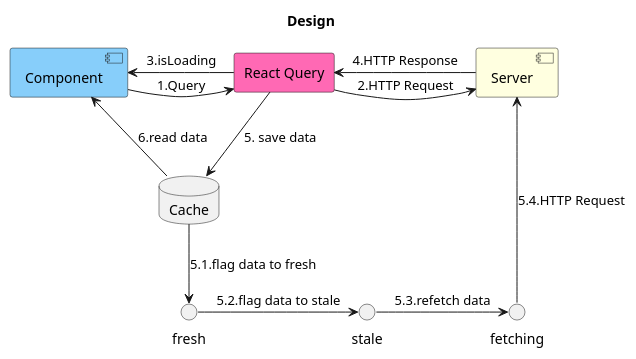
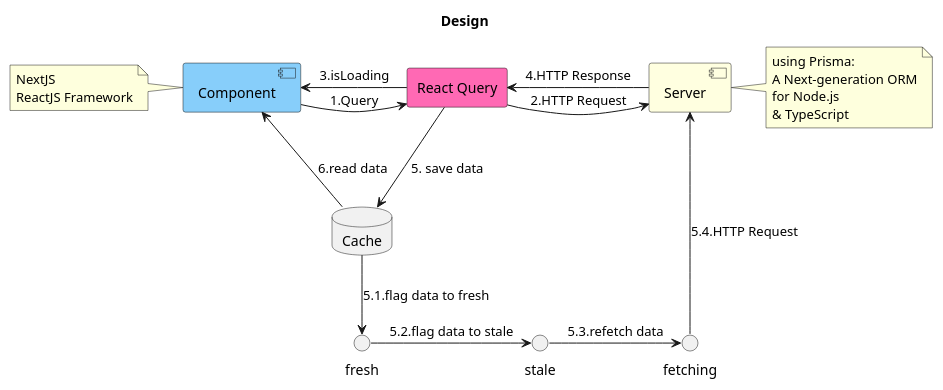
One commit to alfieqashwa/next-company-form changed the diagram in diagram/design.plantuml. Above: the diagram before and after it, drawn with PlantUML.

Commit message:
added note on design-uml

```diff
--- a/diagram/design.plantuml
+++ b/diagram/design.plantuml
@@ -1,25 +1,35 @@
 @startuml
 title Design
 
 [Component] as C #LightSkyBlue
 rectangle "React Query" as RQ #HotPink
 [Server] as S #LightYellow
 
 database "Cache" as Cache
 
 () "fresh" as fresh
 () "stale" as stale
 () "fetching" as fetch
 
+note left of C
+  NextJS
+  ReactJS Framework
+end note
+note right of S
+  using Prisma:
+  A Next-generation ORM
+  for Node.js
+  & TypeScript
+end note
 
 C -right-> RQ : 1.Query
 RQ -right-> S: 2.HTTP Request
 RQ -left-> C: 3.isLoading
 S -left-> RQ: 4.HTTP Response
 RQ -down-> Cache: 5. save data
 Cache -down-> fresh: 5.1.flag data to fresh
 fresh -right-> stale: 5.2.flag data to stale
 stale-right-> fetch: 5.3.refetch data
 fetch -up-> S: 5.4.HTTP Request
 Cache -up-> C: 6.read data
 @enduml
```
